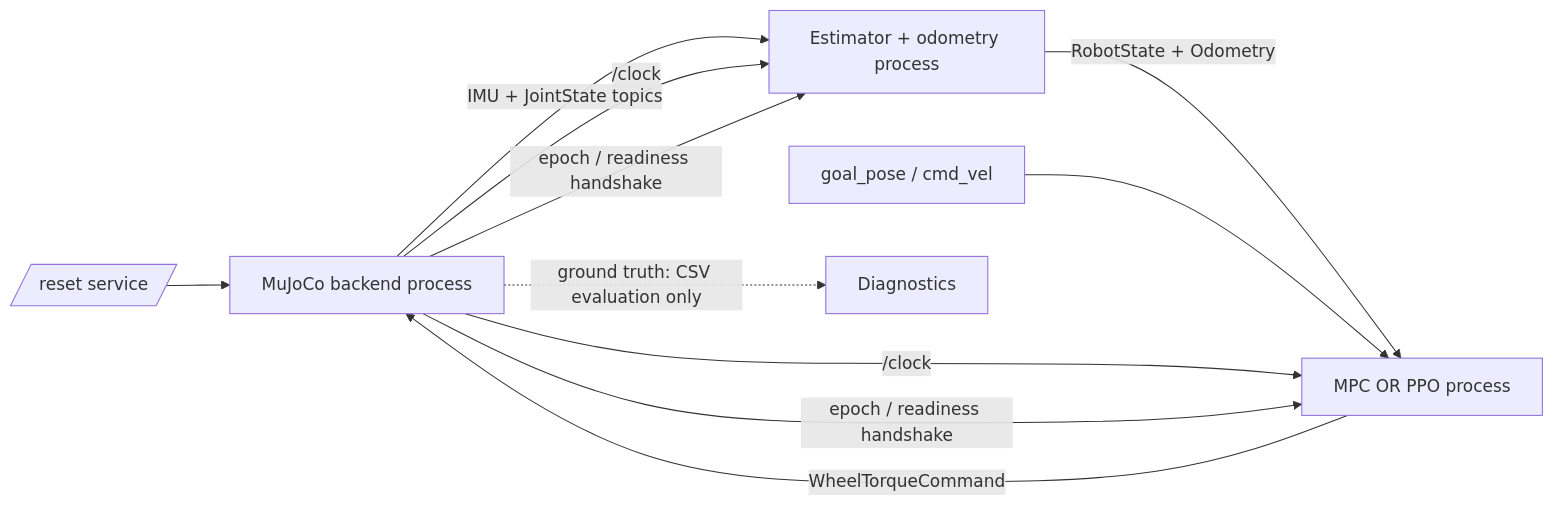
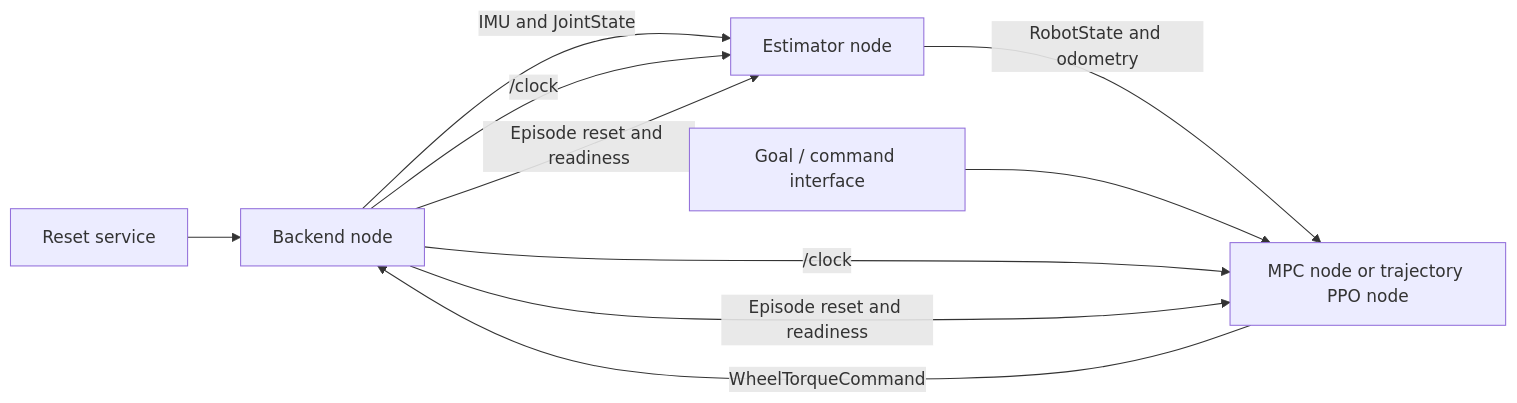
One commit to ThomasLin617/self-balancing-robot-mpc-ppo changed the second of 2 diagrams in README.md. Above: the diagram before and after it, drawn with Mermaid. The commit also changed other lines of this file and 128 other files, not shown here.

Commit message:
Publish trajectory-control comparison, demos and reproducible results

````diff
--- a/README.md
+++ b/README.md
@@ -374,13 +81,12 @@
 ```mermaid
 flowchart LR
-  B[MuJoCo backend process] -->|IMU + JointState topics| E[Estimator + odometry process]
-  E -->|RobotState + Odometry| C[MPC OR PPO process]
-  G[goal_pose / cmd_vel] --> C
-  C -->|WheelTorqueCommand| B
-  B -->|/clock| E
-  B -->|/clock| C
-  R[/reset service/] --> B
-  B -->|epoch / readiness handshake| E
-  B -->|epoch / readiness handshake| C
-  B -.->|ground truth: CSV evaluation only| D[Diagnostics]
+    Backend[Backend node] -->|IMU and JointState| Estimator[Estimator node]
+    Estimator -->|RobotState and odometry| Control[MPC node or trajectory PPO node]
+    Goal[Goal / command interface] --> Control
+    Control -->|WheelTorqueCommand| Backend
+    Backend -->|/clock| Estimator
+    Backend -->|/clock| Control
+    Reset[Reset service] --> Backend
+    Backend -->|Episode reset and readiness| Estimator
+    Backend -->|Episode reset and readiness| Control
 ```
````
